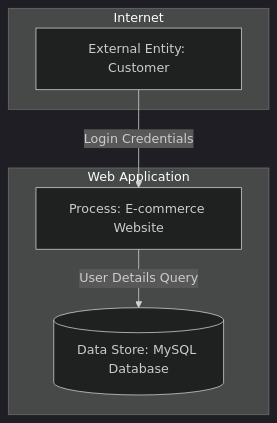
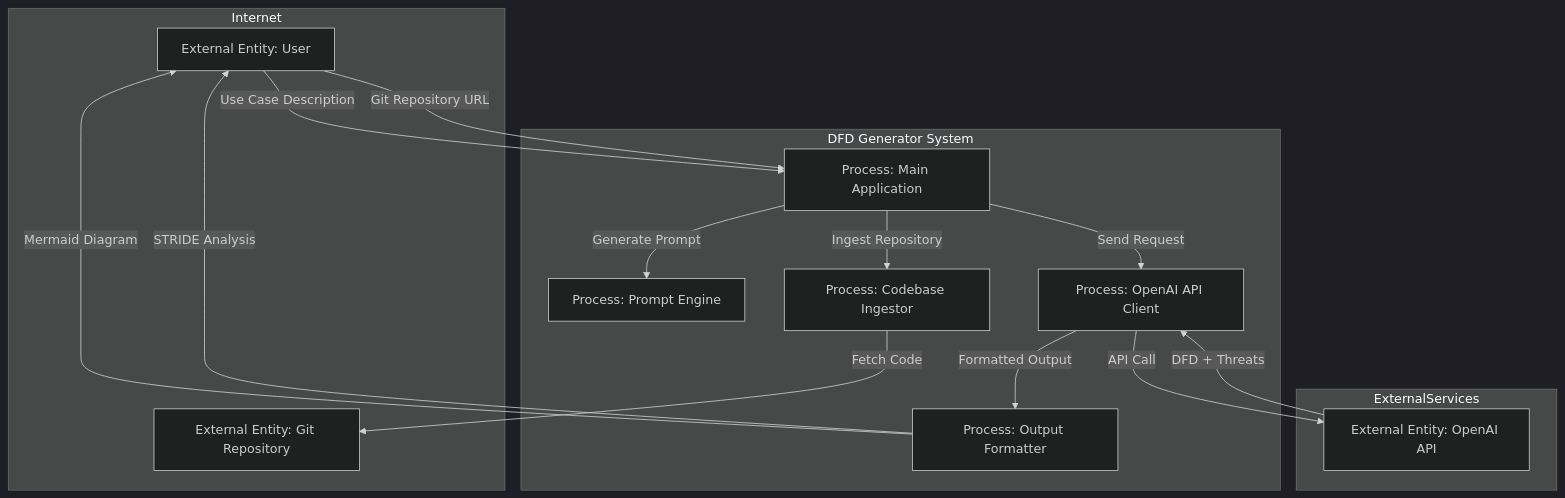
The diagram in README.md (Rajendramahesh/DFD-gen), drawn with Mermaid (dark theme) before and after one commit. The commit also changed other lines of this file and 1 other file, not shown here.

````diff
--- a/README.md
+++ b/README.md
@@ -88,12 +120,29 @@
 ```mermaid
 flowchart TD;
   subgraph Internet;
-    User[External Entity: Customer];
+    User[External Entity: User];
+    GitRepo[External Entity: Git Repository];
   end;
-  subgraph App[Web Application];
-    WebApp[Process: E-commerce Website];
-    DB[(Data Store: MySQL Database)];
+  subgraph App[DFD Generator System];
+    MainApp[Process: Main Application];
+    PromptEngine[Process: Prompt Engine];
+    IngestEngine[Process: Codebase Ingestor];
+    OpenAI[Process: OpenAI API Client];
+    Output[Process: Output Formatter];
   end;
-  User -->|Login Credentials| WebApp;
-  WebApp -->|User Details Query| DB;
+  subgraph ExternalServices;
+    OpenAIService[External Entity: OpenAI API];
+  end;
+  
+  User -->|Use Case Description| MainApp;
+  User -->|Git Repository URL| MainApp;
+  MainApp -->|Generate Prompt| PromptEngine;
+  MainApp -->|Ingest Repository| IngestEngine;
+  IngestEngine -->|Fetch Code| GitRepo;
+  MainApp -->|Send Request| OpenAI;
+  OpenAI -->|API Call| OpenAIService;
+  OpenAIService -->|DFD + Threats| OpenAI;
+  OpenAI -->|Formatted Output| Output;
+  Output -->|Mermaid Diagram| User;
+  Output -->|STRIDE Analysis| User;
 ```
````
